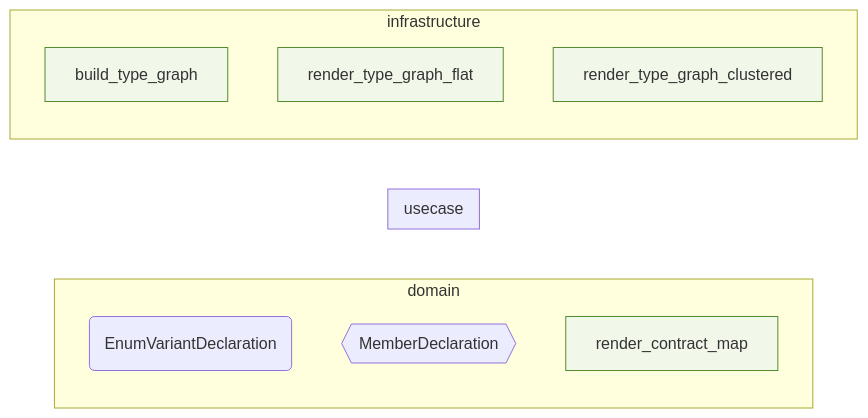
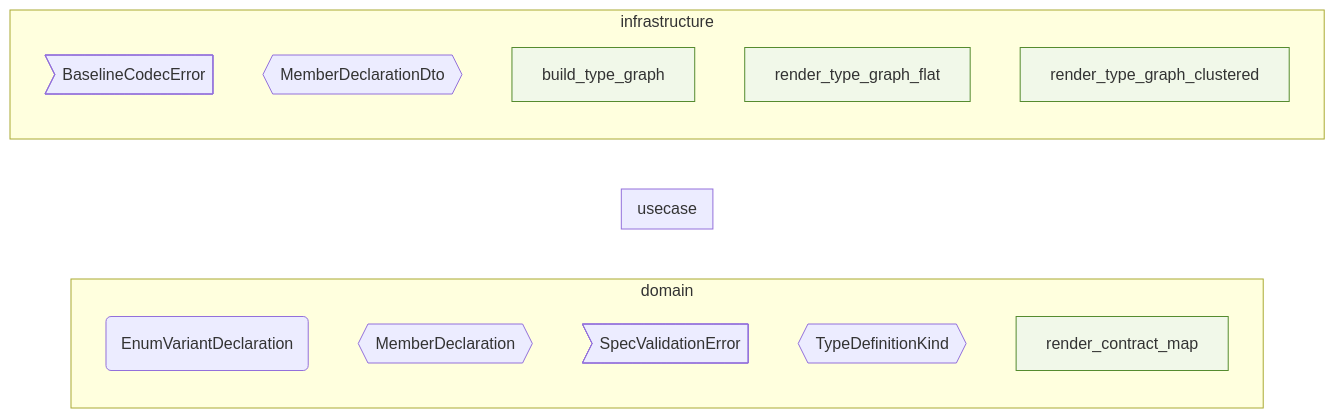
Before and after one commit to Flip451/SoTOHE-core: the diagram in track/items/enum-variant-payload-schema-2026-05-02/contract-map.md, drawn with Mermaid. The commit also changed 28 other files, not shown here.

First line of the commit message:
feat(catalogue): T001 — schema 4-point 同時更新 + rustdoc payload extraction

````diff
--- a/track/items/enum-variant-payload-schema-2026-05-02/contract-map.md
+++ b/track/items/enum-variant-payload-schema-2026-05-02/contract-map.md
@@ -2,21 +2,25 @@
 ```mermaid
 flowchart LR
     classDef secondary_adapter fill:#fafafa,stroke:#999,stroke-dasharray: 4 4
     classDef command fill:#e3f2fd,stroke:#1976d2
     classDef query fill:#f3e5f5,stroke:#8e24aa
     classDef factory fill:#fff8e1,stroke:#f9a825
     classDef free_function fill:#f1f8e9,stroke:#558b2f
     classDef domain_service fill:#fce4ec,stroke:#c62828
     subgraph domain [domain]
         L6_domain_EnumVariantDeclaration(EnumVariantDeclaration)
         L6_domain_MemberDeclaration{{MemberDeclaration}}
+        L6_domain_SpecValidationError>SpecValidationError]
+        L6_domain_TypeDefinitionKind{{TypeDefinitionKind}}
         L6_domain_render__contract__map[render_contract_map]:::free_function
     end
     subgraph usecase [usecase]
     end
     subgraph infrastructure [infrastructure]
+        L14_infrastructure_BaselineCodecError>BaselineCodecError]
+        L14_infrastructure_MemberDeclarationDto{{MemberDeclarationDto}}
         L14_infrastructure_build__type__graph[build_type_graph]:::free_function
         L14_infrastructure_render__type__graph__flat[render_type_graph_flat]:::free_function
         L14_infrastructure_render__type__graph__clustered[render_type_graph_clustered]:::free_function
     end
 ```
````
